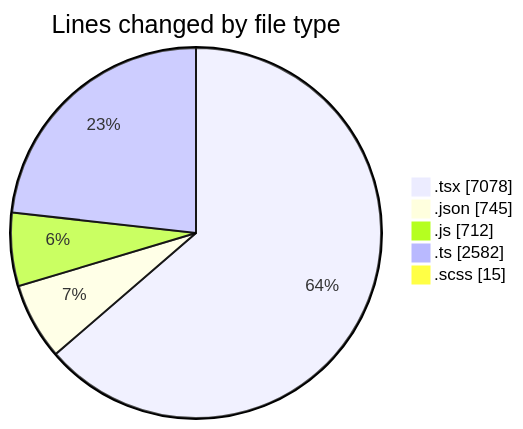
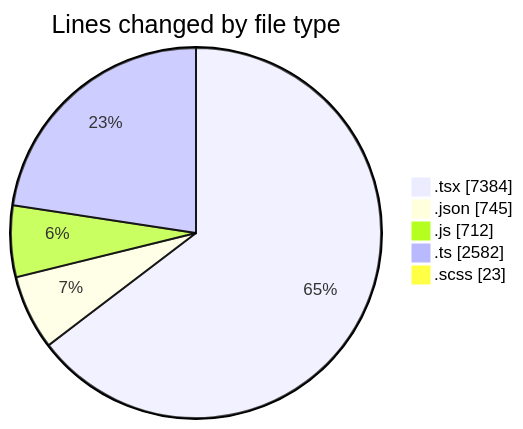
The first of 2 diagrams in 2026-08-07/cda/README.md (momahboobian/code-tracking), drawn with Mermaid before and after one commit. The commit also changed other lines of this file and 1 other file, not shown here.

````diff
--- a/2026-08-07/cda/README.md
+++ b/2026-08-07/cda/README.md
@@ -35,9 +35,9 @@
 ```mermaid
 pie showData
 title Lines changed by file type
-".tsx" : 7078
+".tsx" : 7384
 ".json" : 745
 ".js" : 712
 ".ts" : 2582
-".scss" : 15
+".scss" : 23
 ```
````
